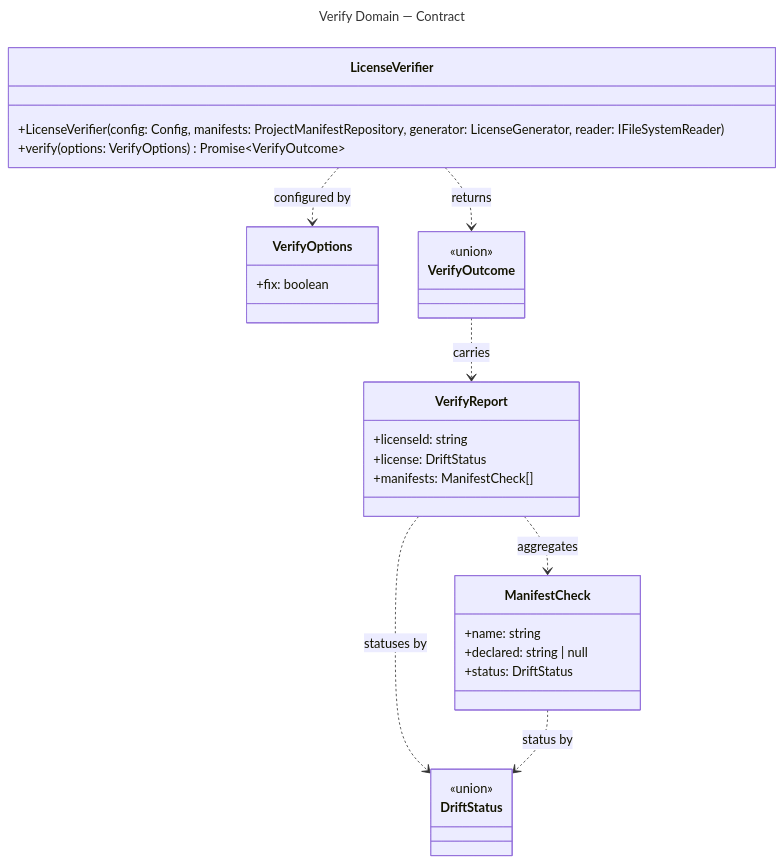
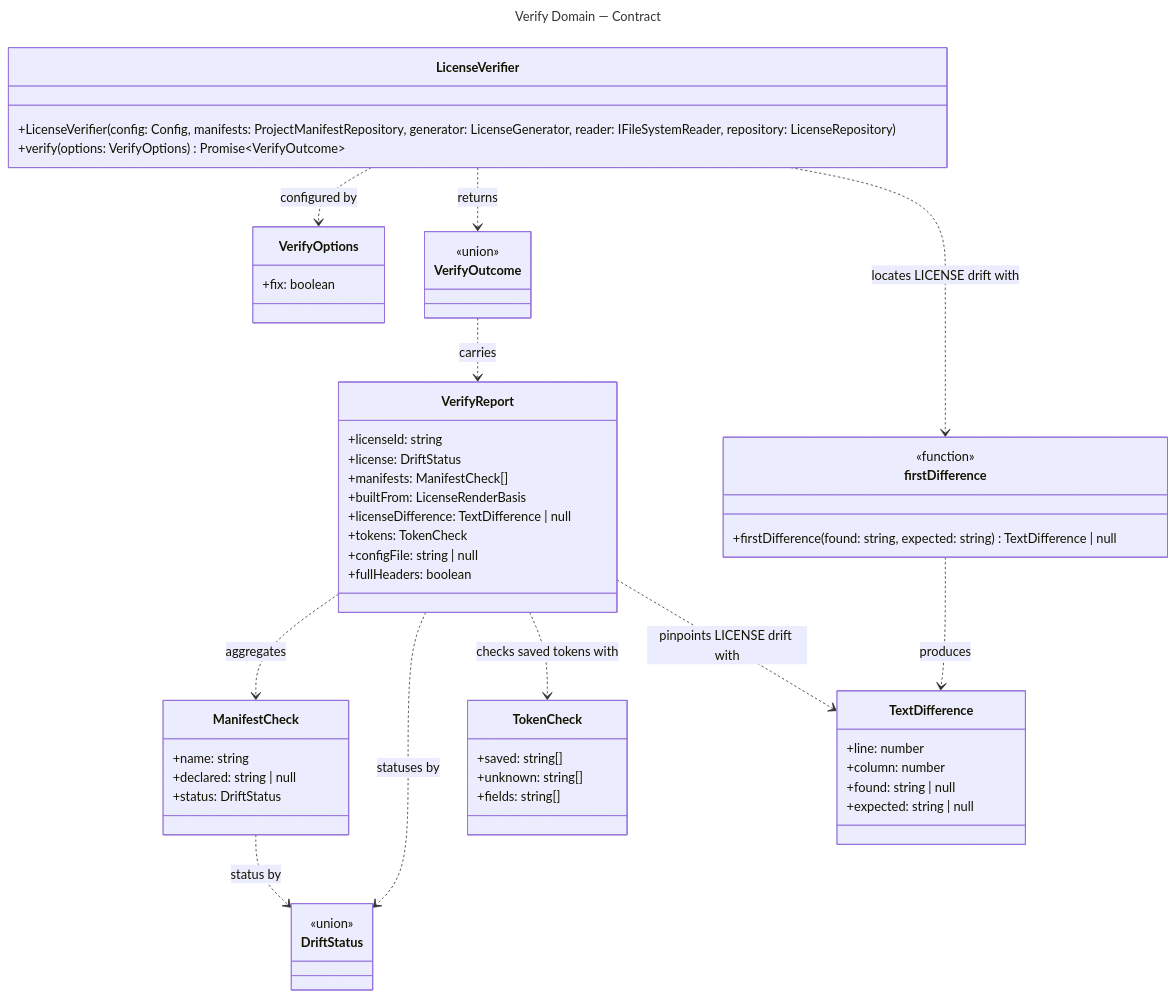
One commit to erdembircan/license-wizard changed the diagram in docs/contracts/domains/verify.mmd. Above: the diagram before and after it, drawn with Mermaid. The commit also changed 20 other files, not shown here.

Commit message:
[FEAT]: explain LICENSE drift in --verify output

```diff
--- a/docs/contracts/domains/verify.mmd
+++ b/docs/contracts/domains/verify.mmd
@@ -1,48 +1,75 @@
 ---
 title: Verify Domain — Contract
 ---
 classDiagram
   direction TB
 
   %% Domain: Verify (src root)
   %% Focused per-domain view extracted from ../class-diagram.mmd.
   %% Shows ONLY Verify-domain classes and their intra-domain relationships.
   %% Cross-domain relationships (LicenseWizard creates the verifier; the verifier
   %% reads Configuration, re-renders through Licensing, reads the LICENSE file)
   %% are intentionally omitted — see ../class-diagram.mmd for the full picture.
 
   class LicenseVerifier {
-    +LicenseVerifier(config: Config, manifests: ProjectManifestRepository, generator: LicenseGenerator, reader: IFileSystemReader)
+    +LicenseVerifier(config: Config, manifests: ProjectManifestRepository, generator: LicenseGenerator, reader: IFileSystemReader, repository: LicenseRepository)
     +verify(options: VerifyOptions) Promise~VerifyOutcome~
   }
 
   class VerifyOptions {
     +fix: boolean
   }
 
   class VerifyOutcome {
     <<union>>
   }
 
   class VerifyReport {
     +licenseId: string
     +license: DriftStatus
     +manifests: ManifestCheck[]
+    +builtFrom: LicenseRenderBasis
+    +licenseDifference: TextDifference | null
+    +tokens: TokenCheck
+    +configFile: string | null
+    +fullHeaders: boolean
   }
 
   class ManifestCheck {
     +name: string
     +declared: string | null
     +status: DriftStatus
   }
 
   class DriftStatus {
     <<union>>
   }
 
+  class TokenCheck {
+    +saved: string[]
+    +unknown: string[]
+    +fields: string[]
+  }
+
+  class TextDifference {
+    +line: number
+    +column: number
+    +found: string | null
+    +expected: string | null
+  }
+
+  class firstDifference {
+    <<function>>
+    +firstDifference(found: string, expected: string) TextDifference | null
+  }
+
   LicenseVerifier ..> VerifyOptions : configured by
   LicenseVerifier ..> VerifyOutcome : returns
+  LicenseVerifier ..> firstDifference : locates LICENSE drift with
   VerifyOutcome ..> VerifyReport : carries
   VerifyReport ..> ManifestCheck : aggregates
   VerifyReport ..> DriftStatus : statuses by
+  VerifyReport ..> TokenCheck : checks saved tokens with
+  VerifyReport ..> TextDifference : pinpoints LICENSE drift with
   ManifestCheck ..> DriftStatus : status by
+  firstDifference ..> TextDifference : produces
```
